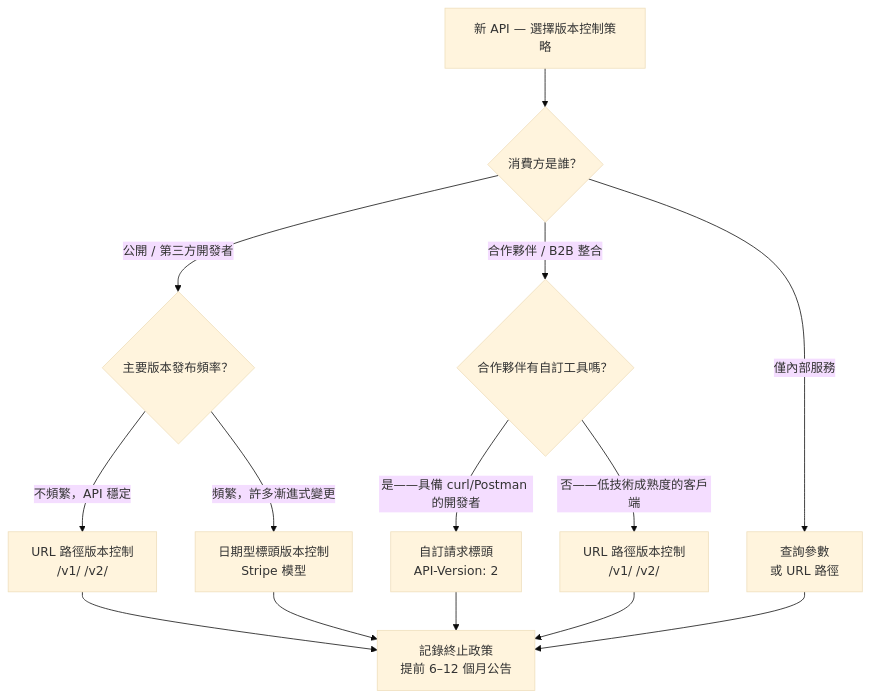
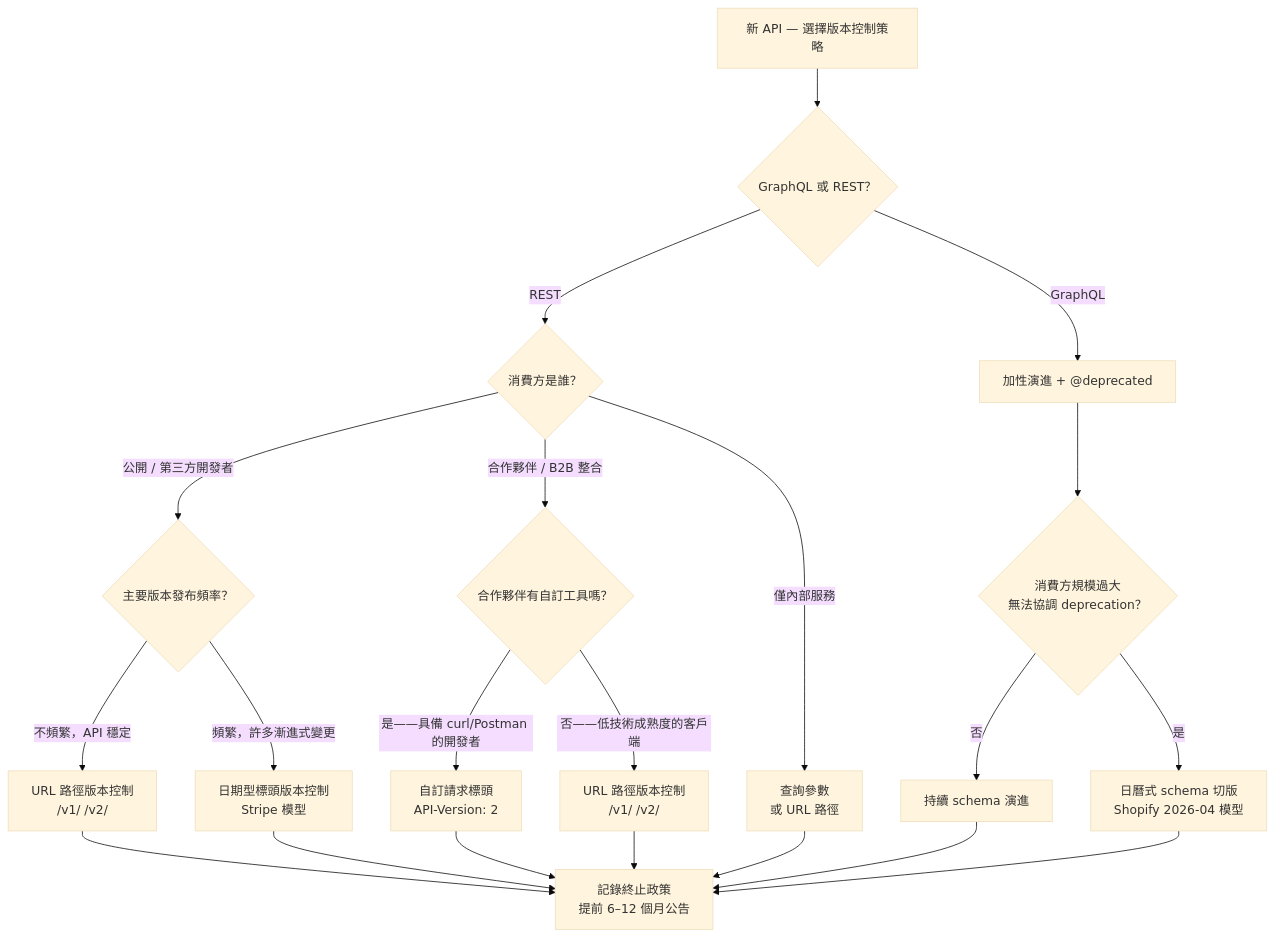
The diagram in docs/zh-tw/api-design/api-versioning-strategies.md (alivedise/backend-engineering-essentials), drawn with Mermaid (base theme) before and after one commit. The commit also changed other lines of this file and 1 other file, not shown here.

First line of the commit message:
docs(bee-4002): add GraphQL schema evolution as a versioning path

````diff
--- a/docs/zh-tw/api-design/api-versioning-strategies.md
+++ b/docs/zh-tw/api-design/api-versioning-strategies.md
@@ -197,20 +235,27 @@
 ```mermaid
 flowchart TD
-    A[新 API — 選擇版本控制策略] --> B{消費方是誰？}
+    Z[新 API — 選擇版本控制策略] --> Y{GraphQL 或 REST？}
+    Y -->|GraphQL| YG[加性演進 + @deprecated]
+    YG --> YGQ{消費方規模過大\n無法協調 deprecation？}
+    YGQ -->|否| YGA[持續 schema 演進]
+    YGQ -->|是| YGB[日曆式 schema 切版\nShopify 2026-04 模型]
 
+    Y -->|REST| B{消費方是誰？}
     B -->|公開 / 第三方開發者| C{主要版本發布頻率？}
     B -->|合作夥伴 / B2B 整合| D{合作夥伴有自訂工具嗎？}
     B -->|僅內部服務| E[查詢參數\n或 URL 路徑]
 
     C -->|不頻繁，API 穩定| F[URL 路徑版本控制\n/v1/ /v2/]
     C -->|頻繁，許多漸進式變更| G[日期型標頭版本控制\nStripe 模型]
 
     D -->|是——具備 curl/Postman 的開發者| H[自訂請求標頭\nAPI-Version: 2]
     D -->|否——低技術成熟度的客戶端| I[URL 路徑版本控制\n/v1/ /v2/]
 
     F --> J[記錄終止政策\n提前 6–12 個月公告]
     G --> J
     H --> J
     I --> J
     E --> J
+    YGA --> J
+    YGB --> J
 ```
````
